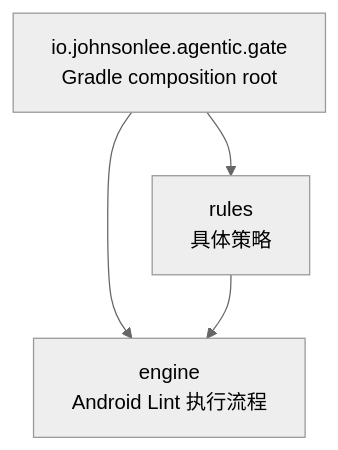
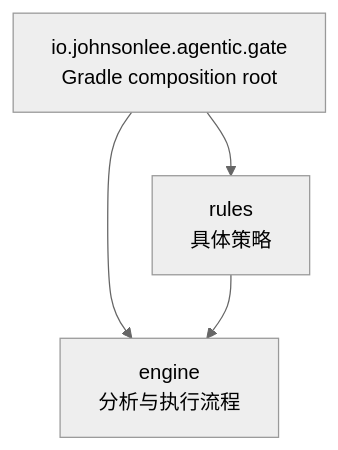
One commit to johnsonlee/agentic-gate changed the third of 3 diagrams in README.zh.md. Above: the diagram before and after it, drawn with Mermaid (neutral theme). The commit also changed other lines of this file and 101 other files, not shown here.

````diff
--- a/README.zh.md
+++ b/README.zh.md
@@ -109,6 +111,6 @@
 ```mermaid
 flowchart TD
     GRADLE["io.johnsonlee.agentic.gate<br/>Gradle composition root"] --> RULES["rules<br/>具体策略"]
-    GRADLE --> ENGINE["engine<br/>Android Lint 执行流程"]
+    GRADLE --> ENGINE["engine<br/>分析与执行流程"]
     RULES --> ENGINE
 ```
````
